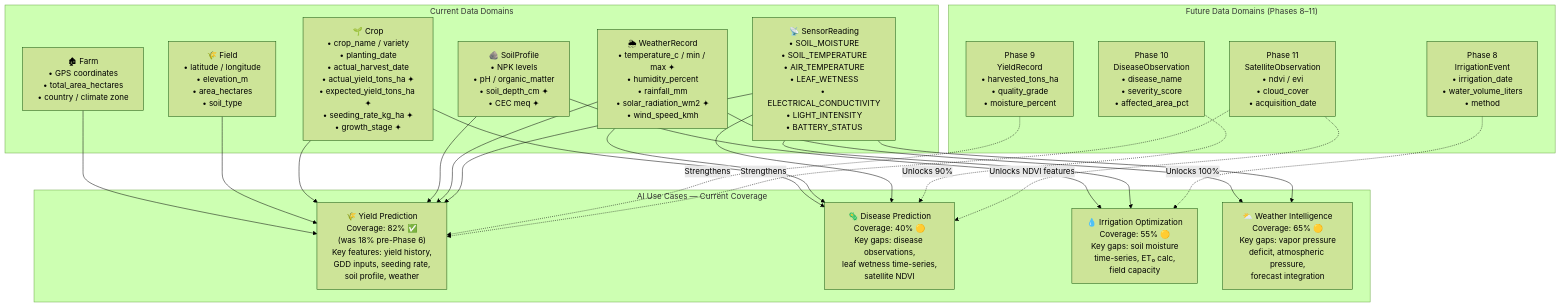
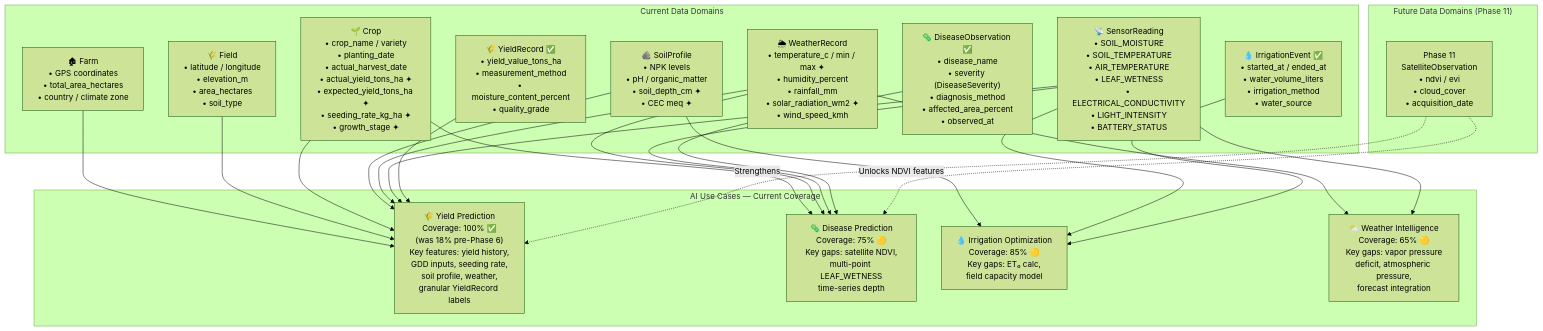
One commit to santoshnarayanan/AGRIFLOW-AI changed the eighth of 18 diagrams in docs/09-architecture-diagrams.md. Above: the diagram before and after it, drawn with Mermaid (forest theme). The commit also changed other lines of this file and 1 other file, not shown here.

Commit message:
Phase 10 - docs: documents updated

````diff
--- a/docs/09-architecture-diagrams.md
+++ b/docs/09-architecture-diagrams.md
@@ -520,37 +575,36 @@
 ```mermaid
 graph TB
     subgraph "Current Data Domains"
         FARM["🏚 Farm\n• GPS coordinates\n• total_area_hectares\n• country / climate zone"]
         FIELD["🌾 Field\n• latitude / longitude\n• elevation_m\n• area_hectares\n• soil_type"]
         CROP["🌱 Crop\n• crop_name / variety\n• planting_date\n• actual_harvest_date\n• actual_yield_tons_ha ✦\n• expected_yield_tons_ha ✦\n• seeding_rate_kg_ha ✦\n• growth_stage ✦"]
         SOIL["🪨 SoilProfile\n• NPK levels\n• pH / organic_matter\n• soil_depth_cm ✦\n• CEC meq ✦"]
         WEATHER["🌦 WeatherRecord\n• temperature_c / min / max ✦\n• humidity_percent\n• rainfall_mm\n• solar_radiation_wm2 ✦\n• wind_speed_kmh"]
         SENSOR["📡 SensorReading\n• SOIL_MOISTURE\n• SOIL_TEMPERATURE\n• AIR_TEMPERATURE\n• LEAF_WETNESS\n• ELECTRICAL_CONDUCTIVITY\n• LIGHT_INTENSITY\n• BATTERY_STATUS"]
+        IRR["💧 IrrigationEvent ✅\n• started_at / ended_at\n• water_volume_liters\n• irrigation_method\n• water_source"]
+        YIELD_D["🌾 YieldRecord ✅\n• yield_value_tons_ha\n• measurement_method\n• moisture_content_percent\n• quality_grade"]
+        DISEASE_D["🦠 DiseaseObservation ✅\n• disease_name\n• severity (DiseaseSeverity)\n• diagnosis_method\n• affected_area_percent\n• observed_at"]
     end
 
     subgraph "AI Use Cases — Current Coverage"
-        YIELD["🌾 Yield Prediction\nCoverage: 82% ✅\n(was 18% pre-Phase 6)\nKey features: yield history,\nGDD inputs, seeding rate,\nsoil profile, weather"]
-        DISEASE["🦠 Disease Prediction\nCoverage: 40% 🟡\nKey gaps: disease observations,\nleaf wetness time-series,\nsatellite NDVI"]
-        IRRIGATION["💧 Irrigation Optimization\nCoverage: 55% 🟡\nKey gaps: soil moisture\ntime-series, ET₀ calc,\nfield capacity"]
+        YIELD["🌾 Yield Prediction\nCoverage: 100% ✅\n(was 18% pre-Phase 6)\nKey features: yield history,\nGDD inputs, seeding rate,\nsoil profile, weather,\ngranular YieldRecord labels"]
+        DISEASE["🦠 Disease Prediction\nCoverage: 75% 🟡\nKey gaps: satellite NDVI,\nmulti-point LEAF_WETNESS\ntime-series depth"]
+        IRRIGATION["💧 Irrigation Optimization\nCoverage: 85% 🟡\nKey gaps: ET₀ calc,\nfield capacity model"]
         WEATHER_AI["⛅ Weather Intelligence\nCoverage: 65% 🟡\nKey gaps: vapor pressure\ndeficit, atmospheric pressure,\nforecast integration"]
     end
 
-    subgraph "Future Data Domains (Phases 8–11)"
-        IRR["Phase 8\nIrrigationEvent\n• irrigation_date\n• water_volume_liters\n• method"]
-        YIELD_D["Phase 9\nYieldRecord\n• harvested_tons_ha\n• quality_grade\n• moisture_percent"]
-        DISEASE_D["Phase 10\nDiseaseObservation\n• disease_name\n• severity_score\n• affected_area_pct"]
+    subgraph "Future Data Domains (Phase 11)"
         SAT["Phase 11\nSatelliteObservation\n• ndvi / evi\n• cloud_cover\n• acquisition_date"]
     end
 
     FARM & FIELD & CROP --> YIELD
     SOIL & WEATHER & SENSOR --> YIELD
+    YIELD_D --> YIELD
     CROP & WEATHER & SENSOR --> DISEASE
-    SOIL & SENSOR --> IRRIGATION
+    DISEASE_D --> DISEASE
+    SOIL & SENSOR & IRR --> IRRIGATION
     WEATHER & SENSOR --> WEATHER_AI
 
-    IRR -.->|"Unlocks 100%"| IRRIGATION
-    YIELD_D -.->|"Strengthens"| YIELD
-    DISEASE_D -.->|"Unlocks 90%"| DISEASE
     SAT -.->|"Unlocks NDVI features"| DISEASE
     SAT -.->|"Strengthens"| YIELD
 ```
````
